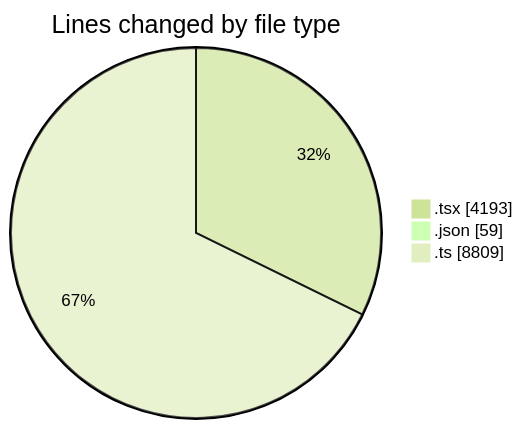
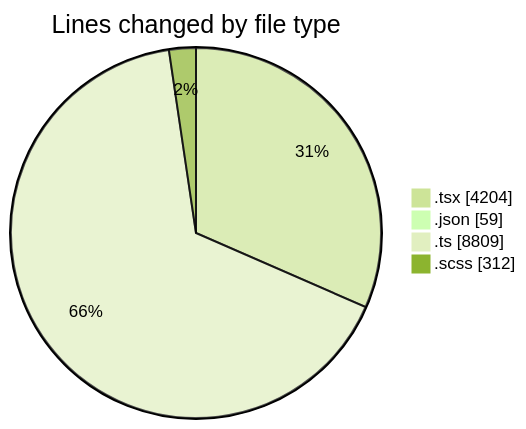
Before and after one commit to momahboobian/code-tracking: the first of 2 diagrams in 2025-11-24/cda/README.md, drawn with Mermaid (forest theme). The commit also changed other lines of this file and 1 other file, not shown here.

````diff
--- a/2025-11-24/cda/README.md
+++ b/2025-11-24/cda/README.md
@@ -34,7 +35,8 @@
 ```mermaid
 pie showData
 title Lines changed by file type
-".tsx" : 4193
+".tsx" : 4204
 ".json" : 59
 ".ts" : 8809
+".scss" : 312
 ```
````
